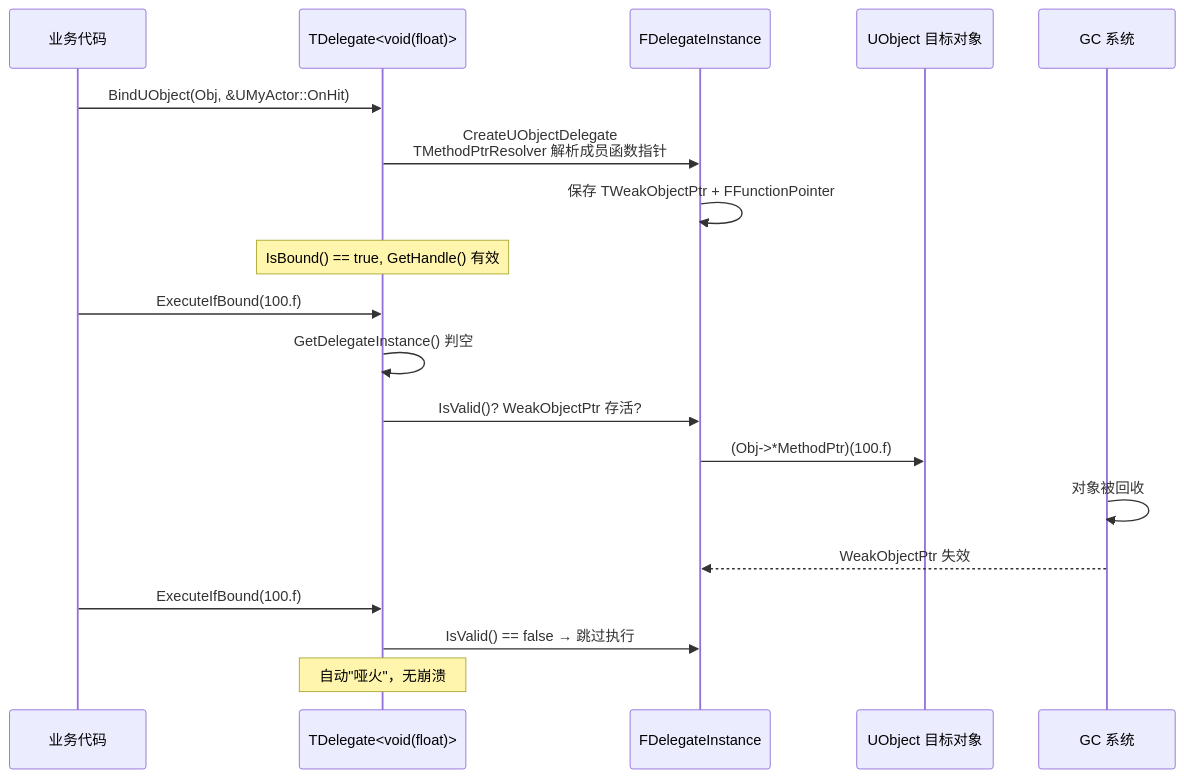
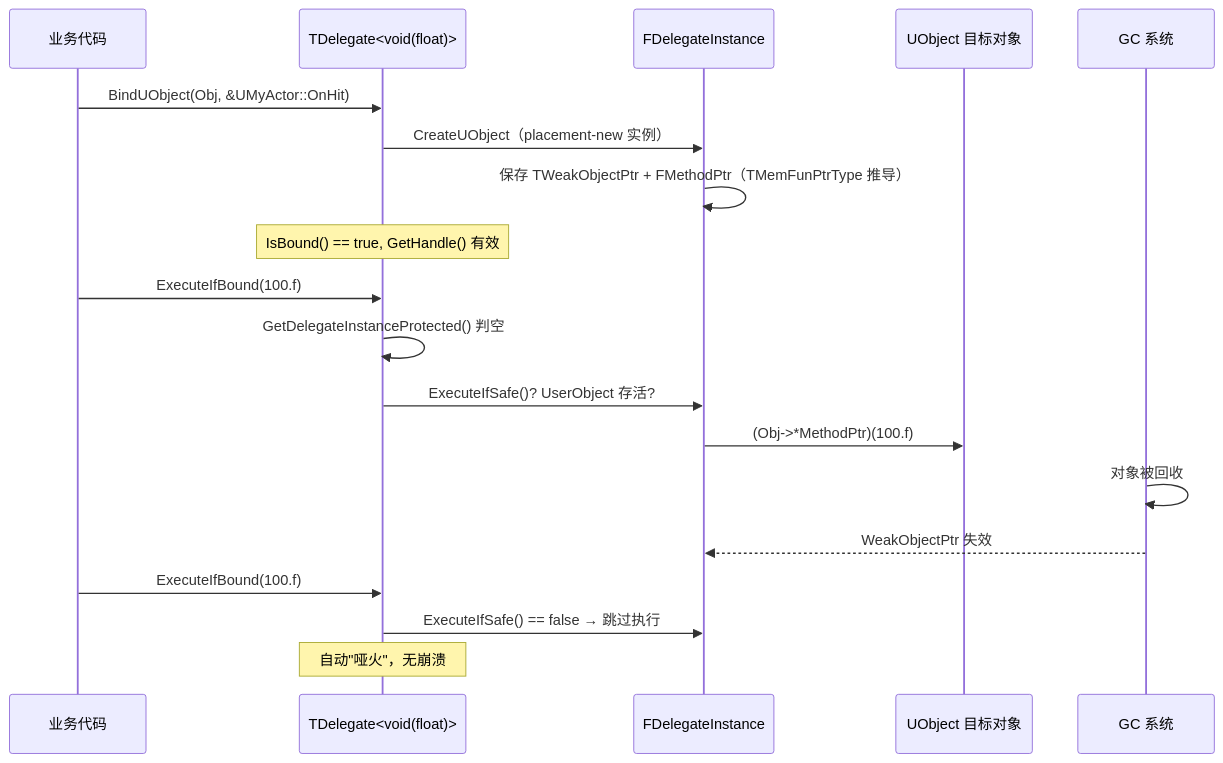
Before and after one commit to fantuan812/learning: the first of 3 diagrams in 游戏知识/12-引擎源码分析/06-委托与事件系统源码.md, drawn with Mermaid. The commit also changed other lines of this file and 17 other files, not shown here.

````diff
--- a/游戏知识/12-引擎源码分析/06-委托与事件系统源码.md
+++ b/游戏知识/12-引擎源码分析/06-委托与事件系统源码.md
@@ -429,24 +418,24 @@
 ```mermaid
 sequenceDiagram
     participant Dev as 业务代码
     participant D as TDelegate<void(float)>
     participant Inst as FDelegateInstance
     participant Obj as UObject 目标对象
     participant GC as GC 系统
 
     Dev->>D: BindUObject(Obj, &UMyActor::OnHit)
-    D->>Inst: CreateUObjectDelegate<br/>TMethodPtrResolver 解析成员函数指针
-    Inst->>Inst: 保存 TWeakObjectPtr + FFunctionPointer
+    D->>Inst: CreateUObject（placement-new 实例）
+    Inst->>Inst: 保存 TWeakObjectPtr + FMethodPtr（TMemFunPtrType 推导）
     Note over D: IsBound() == true, GetHandle() 有效
 
     Dev->>D: ExecuteIfBound(100.f)
-    D->>D: GetDelegateInstance() 判空
-    D->>Inst: IsValid()? WeakObjectPtr 存活?
+    D->>D: GetDelegateInstanceProtected() 判空
+    D->>Inst: ExecuteIfSafe()? UserObject 存活?
     Inst->>Obj: (Obj->*MethodPtr)(100.f)
 
     GC->>GC: 对象被回收
     GC-->>Inst: WeakObjectPtr 失效
     Dev->>D: ExecuteIfBound(100.f)
-    D->>Inst: IsValid() == false → 跳过执行
+    D->>Inst: ExecuteIfSafe() == false → 跳过执行
     Note over D: 自动"哑火"，无崩溃
 ```
````
